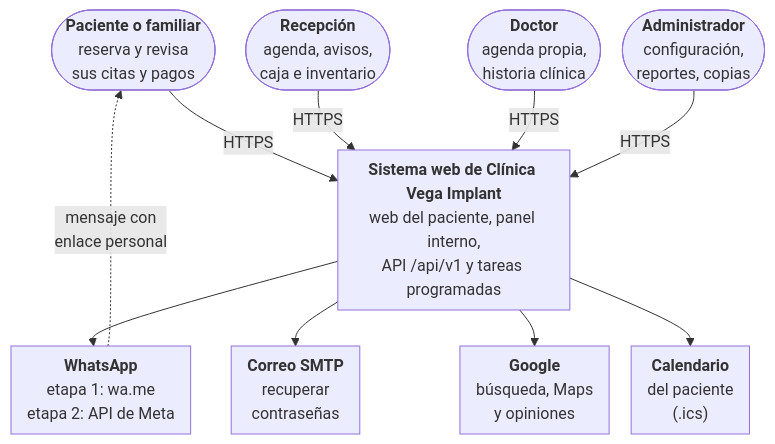
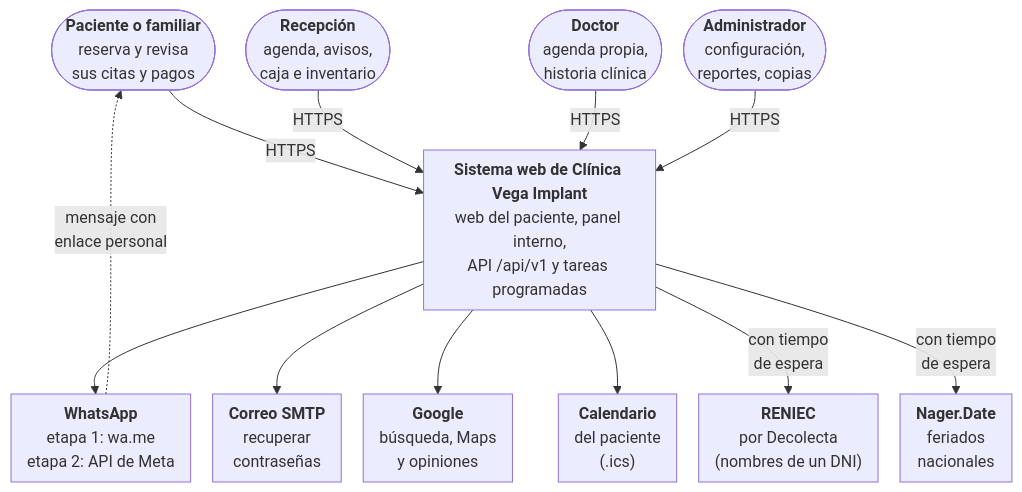
Before and after one commit to francalizaya266-sudo/venga-implantes: the third of 15 diagrams in docs/entregables/E1-requerimientos-y-diseno/E1-documento.md, drawn with Mermaid. The commit also changed other lines of this file and 19 other files, not shown here.

````diff
--- a/docs/entregables/E1-requerimientos-y-diseno/E1-documento.md
+++ b/docs/entregables/E1-requerimientos-y-diseno/E1-documento.md
@@ -383,16 +392,19 @@
 ```mermaid
 %%{init: {"flowchart": {"nodeSpacing": 22, "rankSpacing": 36, "padding": 8}}}%%
 flowchart TB
   pac(["<b>Paciente o familiar</b><br/>reserva y revisa<br/>sus citas y pagos"])
   rec(["<b>Recepción</b><br/>agenda, avisos,<br/>caja e inventario"])
   doc(["<b>Doctor</b><br/>agenda propia,<br/>historia clínica"])
   adm(["<b>Administrador</b><br/>configuración,<br/>reportes, copias"])
   sis["<b>Sistema web de Clínica Vega Implant</b><br/>web del paciente, panel interno,<br/>API /api/v1 y tareas programadas"]
   wa["<b>WhatsApp</b><br/>etapa 1: wa.me<br/>etapa 2: API de Meta"]
   mail["<b>Correo SMTP</b><br/>recuperar<br/>contraseñas"]
   goo["<b>Google</b><br/>búsqueda, Maps<br/>y opiniones"]
   cal["<b>Calendario</b><br/>del paciente<br/>(.ics)"]
+  dni["<b>RENIEC</b><br/>por Decolecta<br/>(nombres de un DNI)"]
+  fer["<b>Nager.Date</b><br/>feriados<br/>nacionales"]
   pac & rec & doc & adm -- "HTTPS" --> sis
   sis --> wa & mail & goo & cal
+  sis -- "con tiempo<br/>de espera" --> dni & fer
   wa -. "mensaje con<br/>enlace personal" .-> pac
 ```
````
